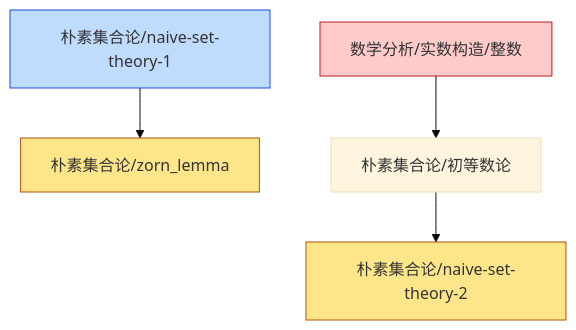
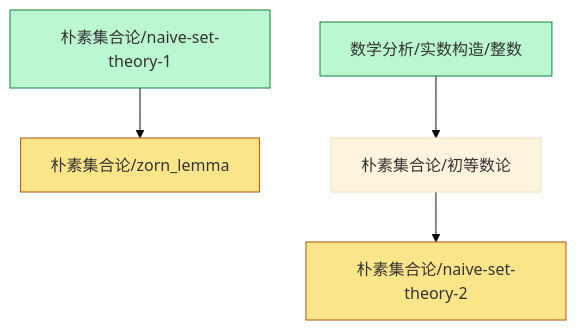
The diagram in content/朴素集合论/dependency_graph.md (zeroDtree/zeroDtree.github.io), drawn with Mermaid (base theme) before and after one commit. The commit also changed 22 other files, not shown here.

````diff
--- a/content/朴素集合论/dependency_graph.md
+++ b/content/朴素集合论/dependency_graph.md
@@ -1,12 +1,10 @@
 ```mermaid
 graph TD
 1["朴素集合论/naive-set-theory-1"] --> 0["朴素集合论/zorn_lemma"]
 3["数学分析/实数构造/整数"] --> 2["朴素集合论/初等数论"]
-2["朴素集合论/初等数论"] --> 5["朴素集合论/naive-set-theory-2"]
+2["朴素集合论/初等数论"] --> 4["朴素集合论/naive-set-theory-2"]
 classDef leaf fill:#fde68a,stroke:#b45309
-class 0,5 leaf
-classDef root fill:#bfdbfe,stroke:#1d4ed8
-class 1,4 root
-classDef externalRoot fill:#fecaca,stroke:#b91c1c
-class 3 externalRoot
+class 0,4 leaf
+classDef foundationRoot fill:#bbf7d0,stroke:#15803d
+class 1,3 foundationRoot
 ```
````
